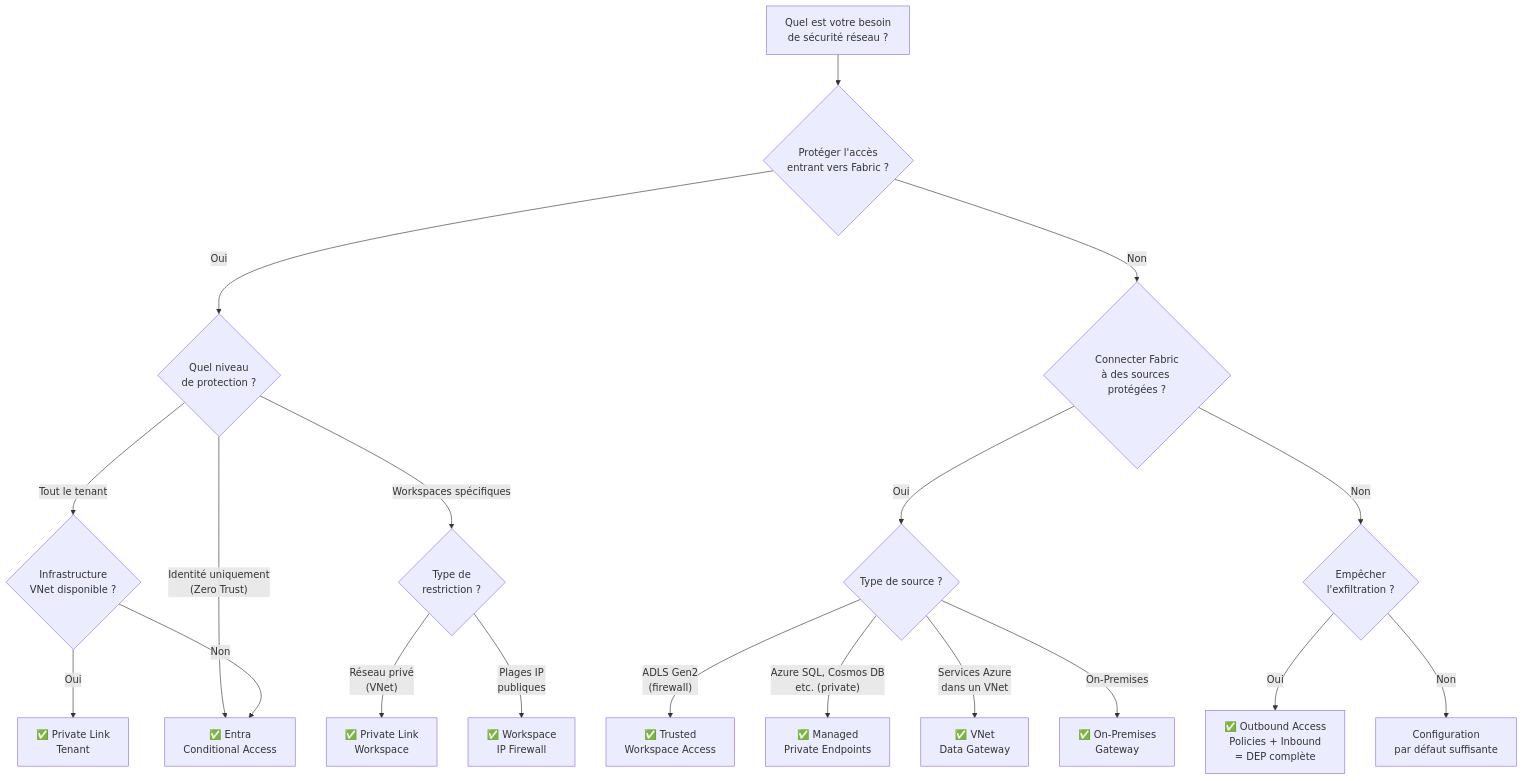
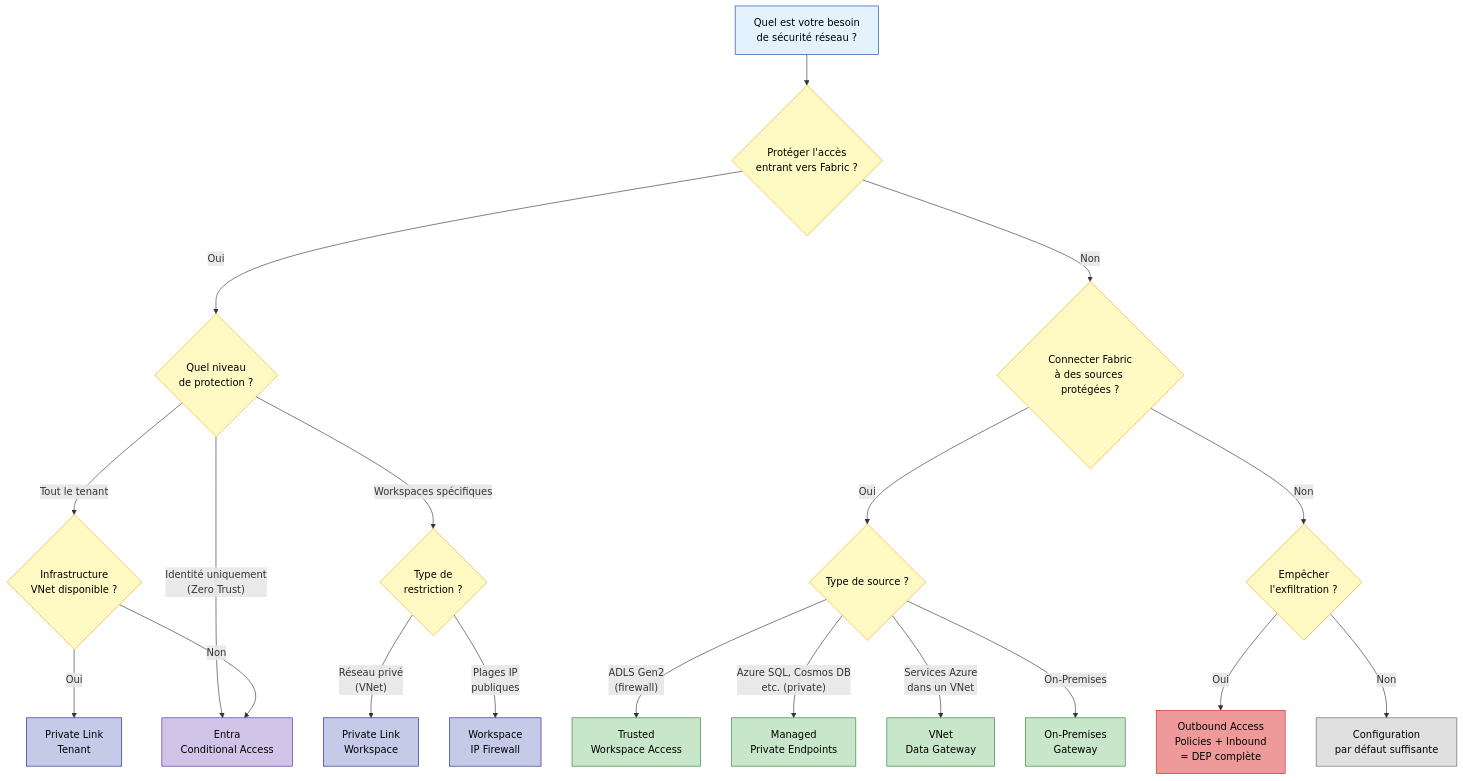
Before and after one commit to fredgis/fabric-foundry-kb: diagram 12 of 12 in Fabric_Network_Security.md, drawn with Mermaid. The commit also changed other lines of this file and 1 other file, not shown here.

First line of the commit message:
Add colors to all 12 Mermaid diagrams in Fabric Network Security

````diff
--- a/Fabric_Network_Security.md
+++ b/Fabric_Network_Security.md
@@ -609,28 +722,47 @@
 ```mermaid
 flowchart TD
     Start["Quel est votre besoin\nde sécurité réseau ?"] --> Q1{"Protéger l'accès\nentrant vers Fabric ?"}
 
     Q1 -->|Oui| Q2{"Quel niveau\nde protection ?"}
     Q1 -->|Non| Q3{"Connecter Fabric\nà des sources protégées ?"}
 
     Q2 -->|"Tout le tenant"| Q2a{"Infrastructure\nVNet disponible ?"}
     Q2 -->|"Workspaces spécifiques"| Q2b{"Type de\nrestriction ?"}
-    Q2 -->|"Identité uniquement\n(Zero Trust)"| CA["✅ Entra\nConditional Access"]
+    Q2 -->|"Identité uniquement\n(Zero Trust)"| CA["Entra\nConditional Access"]
 
-    Q2a -->|Oui| TLPL["✅ Private Link\nTenant"]
+    Q2a -->|Oui| TLPL["Private Link\nTenant"]
     Q2a -->|Non| CA
 
-    Q2b -->|"Réseau privé\n(VNet)"| WSPL["✅ Private Link\nWorkspace"]
-    Q2b -->|"Plages IP\npubliques"| IPFW["✅ Workspace\nIP Firewall"]
+    Q2b -->|"Réseau privé\n(VNet)"| WSPL["Private Link\nWorkspace"]
+    Q2b -->|"Plages IP\npubliques"| IPFW["Workspace\nIP Firewall"]
 
     Q3 -->|Oui| Q4{"Type de source ?"}
     Q3 -->|Non| Q5{"Empêcher\nl'exfiltration ?"}
 
-    Q4 -->|"ADLS Gen2\n(firewall)"| TWA["✅ Trusted\nWorkspace Access"]
-    Q4 -->|"Azure SQL, Cosmos DB\netc. (private)"| MPE["✅ Managed\nPrivate Endpoints"]
-    Q4 -->|"Services Azure\ndans un VNet"| VGW["✅ VNet\nData Gateway"]
-    Q4 -->|"On-Premises"| OGW["✅ On-Premises\nGateway"]
+    Q4 -->|"ADLS Gen2\n(firewall)"| TWA["Trusted\nWorkspace Access"]
+    Q4 -->|"Azure SQL, Cosmos DB\netc. (private)"| MPE["Managed\nPrivate Endpoints"]
+    Q4 -->|"Services Azure\ndans un VNet"| VGW["VNet\nData Gateway"]
+    Q4 -->|"On-Premises"| OGW["On-Premises\nGateway"]
 
-    Q5 -->|Oui| DEP["✅ Outbound Access\nPolicies + Inbound\n= DEP complète"]
+    Q5 -->|Oui| DEP["Outbound Access\nPolicies + Inbound\n= DEP complète"]
     Q5 -->|Non| Done["Configuration\npar défaut suffisante"]
+
+    style Start fill:#e3f2fd,stroke:#0d47a1,color:#000
+    style Q1 fill:#fff9c4,stroke:#f9a825,color:#000
+    style Q2 fill:#fff9c4,stroke:#f9a825,color:#000
+    style Q2a fill:#fff9c4,stroke:#f9a825,color:#000
+    style Q2b fill:#fff9c4,stroke:#f9a825,color:#000
+    style Q3 fill:#fff9c4,stroke:#f9a825,color:#000
+    style Q4 fill:#fff9c4,stroke:#f9a825,color:#000
+    style Q5 fill:#fff9c4,stroke:#f9a825,color:#000
+    style CA fill:#d1c4e9,stroke:#4527a0,color:#000
+    style TLPL fill:#c5cae9,stroke:#1a237e,color:#000
+    style WSPL fill:#c5cae9,stroke:#1a237e,color:#000
+    style IPFW fill:#c5cae9,stroke:#1a237e,color:#000
+    style TWA fill:#c8e6c9,stroke:#2e7d32,color:#000
+    style MPE fill:#c8e6c9,stroke:#2e7d32,color:#000
+    style VGW fill:#c8e6c9,stroke:#2e7d32,color:#000
+    style OGW fill:#c8e6c9,stroke:#2e7d32,color:#000
+    style DEP fill:#ef9a9a,stroke:#c62828,color:#000
+    style Done fill:#e0e0e0,stroke:#616161,color:#000
 ```
````
